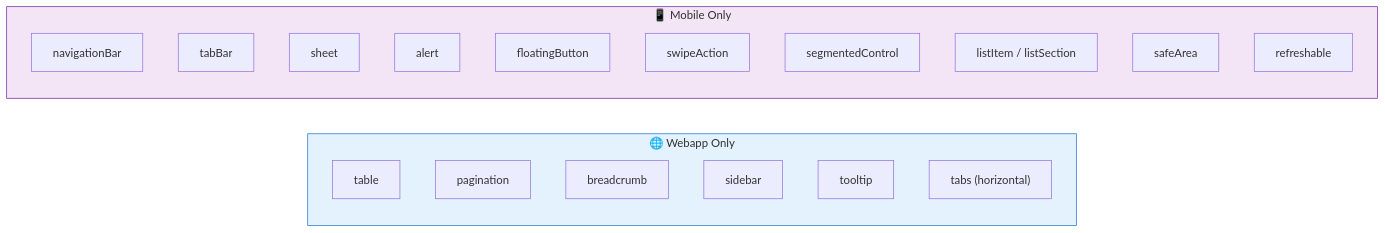
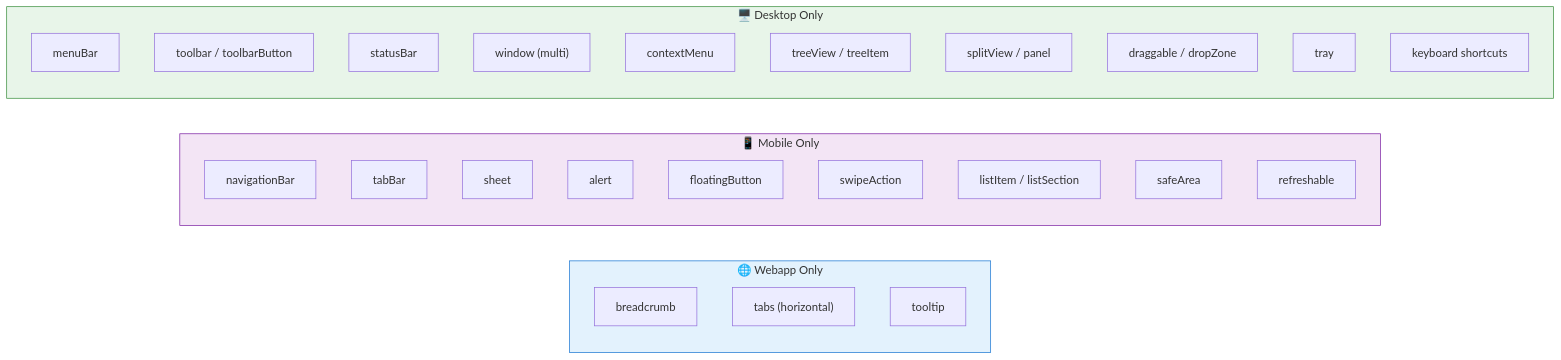
One commit to amolchanov/llm-ui-spec changed the tenth of 12 diagrams in docs/platform-mapping.md. Above: the diagram before and after it, drawn with Mermaid. The commit also changed other lines of this file and 1 other file, not shown here.

First line of the commit message:
Add desktop spec and update platform mapping

````diff
--- a/docs/platform-mapping.md
+++ b/docs/platform-mapping.md
@@ -336,29 +464,40 @@
 ```mermaid
 flowchart LR
     subgraph WebOnly["🌐 Webapp Only"]
         direction TB
-        WA["table"]
-        WB["pagination"]
-        WC["breadcrumb"]
-        WD["sidebar"]
-        WE["tooltip"]
-        WF["tabs (horizontal)"]
+        WA["breadcrumb"]
+        WB["tabs (horizontal)"]
+        WC["tooltip"]
     end
 
     subgraph MobileOnly["📱 Mobile Only"]
         direction TB
         MA["navigationBar"]
         MB["tabBar"]
         MC["sheet"]
         MD["alert"]
         ME["floatingButton"]
         MF["swipeAction"]
-        MG["segmentedControl"]
-        MH["listItem / listSection"]
-        MI["safeArea"]
-        MJ["refreshable"]
+        MG["listItem / listSection"]
+        MH["safeArea"]
+        MI["refreshable"]
+    end
+
+    subgraph DesktopOnly["🖥️ Desktop Only"]
+        direction TB
+        DA["menuBar"]
+        DB["toolbar / toolbarButton"]
+        DC["statusBar"]
+        DD["window (multi)"]
+        DE["contextMenu"]
+        DF["treeView / treeItem"]
+        DG["splitView / panel"]
+        DH["draggable / dropZone"]
+        DI["tray"]
+        DJ["keyboard shortcuts"]
     end
 
     style WebOnly fill:#e3f2fd,stroke:#1976d2
     style MobileOnly fill:#f3e5f5,stroke:#7b1fa2
+    style DesktopOnly fill:#e8f5e9,stroke:#388e3c
 ```
````
